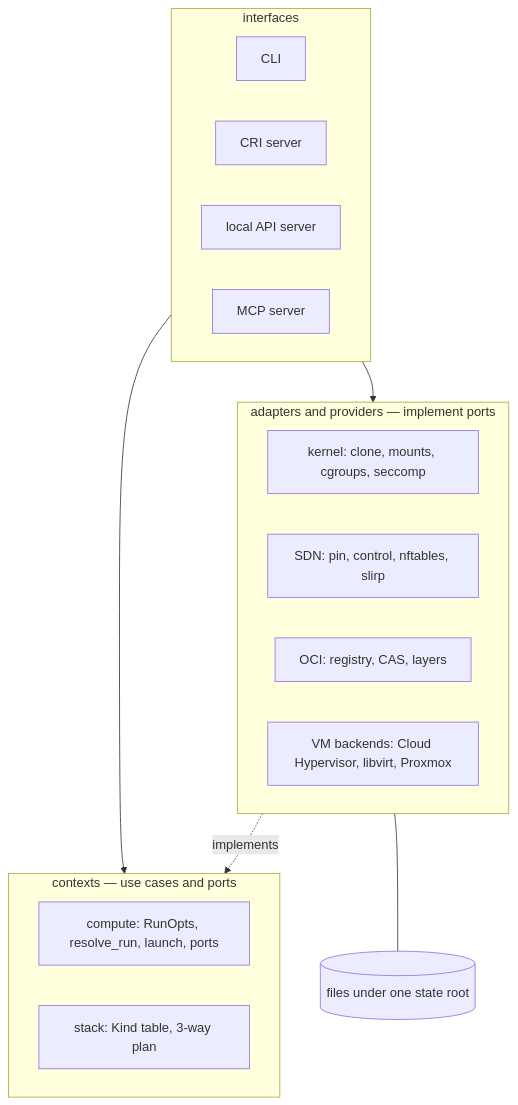
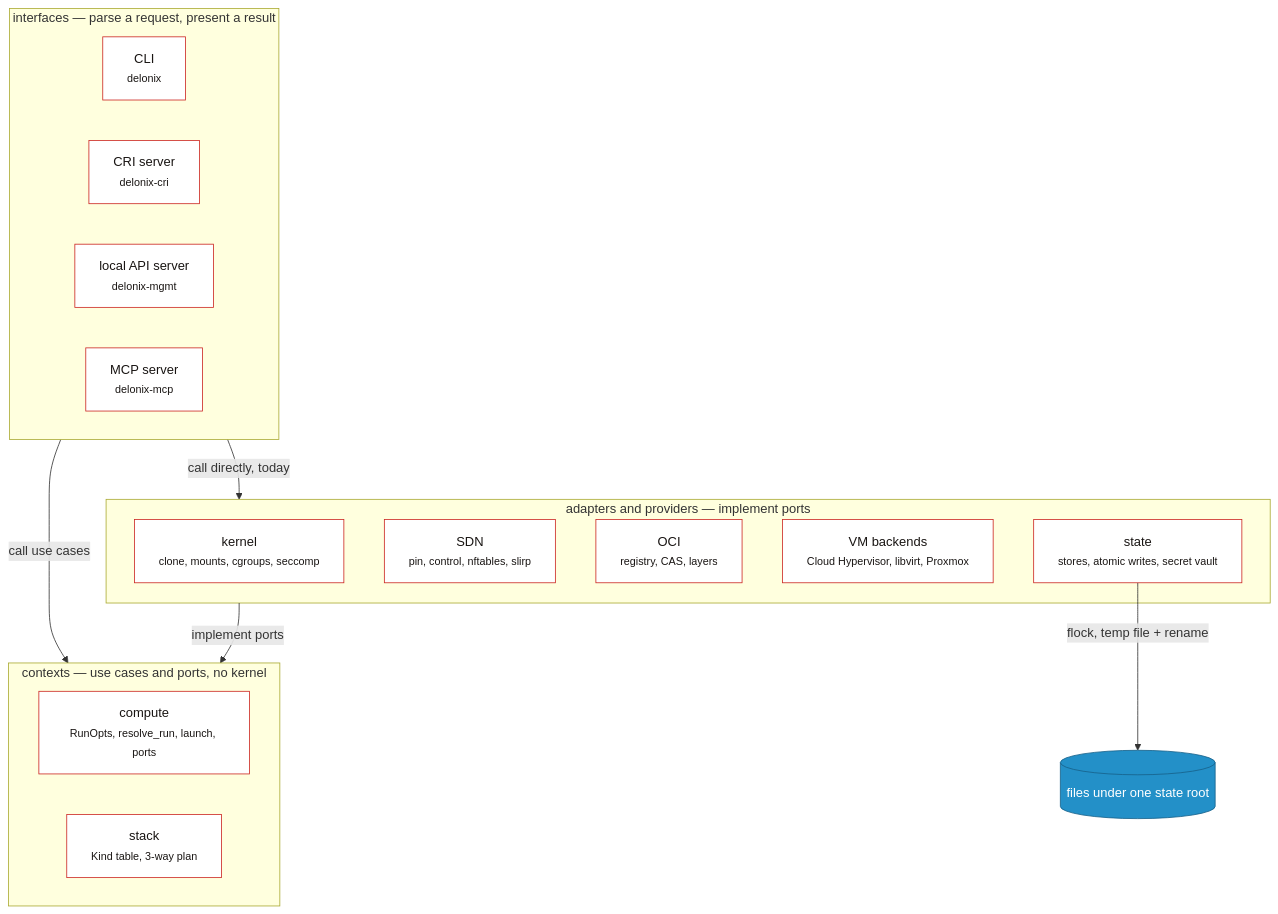
One commit to angolardevops/delonix-runtime changed the first of 4 diagrams in docs/dev/system-design-interview.md. Above: the diagram before and after it, drawn with Mermaid. The commit also changed other lines of this file and 93 other files, not shown here.

````diff
--- a/docs/dev/system-design-interview.md
+++ b/docs/dev/system-design-interview.md
@@ -115,24 +120,32 @@
 ```mermaid
-graph TB
-    subgraph IF["interfaces"]
-        CLI["CLI"]
-        CRI["CRI server"]
-        API["local API server"]
-        MCP["MCP server"]
-    end
-    subgraph CX["contexts — use cases and ports"]
-        COMPUTE["compute: RunOpts, resolve_run, launch, ports"]
-        STACK["stack: Kind table, 3-way plan"]
-    end
-    subgraph AD["adapters and providers — implement ports"]
-        LINUX["kernel: clone, mounts, cgroups, seccomp"]
-        SDN["SDN: pin, control, nftables, slirp"]
-        OCI["OCI: registry, CAS, layers"]
-        VMS["VM backends: Cloud Hypervisor, libvirt, Proxmox"]
-    end
-    STATE[("files under one state root")]
-    IF --> CX
-    AD -. implements .-> CX
-    IF --> AD
-    AD --- STATE
+flowchart TB
+  subgraph IF["interfaces — parse a request, present a result"]
+    CLI["CLI<br/><small>delonix</small>"]
+    CRI["CRI server<br/><small>delonix-cri</small>"]
+    API["local API server<br/><small>delonix-mgmt</small>"]
+    MCP["MCP server<br/><small>delonix-mcp</small>"]
+  end
+  subgraph CX["contexts — use cases and ports, no kernel"]
+    COMPUTE["compute<br/><small>RunOpts, resolve_run, launch, ports</small>"]
+    STACK["stack<br/><small>Kind table, 3-way plan</small>"]
+  end
+  subgraph AD["adapters and providers — implement ports"]
+    LINUX["kernel<br/><small>clone, mounts, cgroups, seccomp</small>"]
+    SDN["SDN<br/><small>pin, control, nftables, slirp</small>"]
+    OCI["OCI<br/><small>registry, CAS, layers</small>"]
+    VMS["VM backends<br/><small>Cloud Hypervisor, libvirt, Proxmox</small>"]
+    STA["state<br/><small>stores, atomic writes, secret vault</small>"]
+  end
+  FILES[("files under one state root")]
+  IF -->|"call use cases"| CX
+  AD -->|"implement ports"| CX
+  IF -->|"call directly, today"| AD
+  STA -->|"flock, temp file + rename"| FILES
+  class CLI,CRI,API,MCP,COMPUTE,STACK,LINUX,SDN,OCI,VMS,STA block
+  class FILES store
+classDef person fill:#191513,stroke:#191513,color:#ffffff
+classDef engine fill:#cc2823,stroke:#8f1b17,color:#ffffff
+classDef block fill:#ffffff,stroke:#cc2823,color:#191513
+classDef external fill:#e1ddda,stroke:#8a817c,color:#191513
+classDef store fill:#2390c8,stroke:#17618a,color:#ffffff
 ```
````
